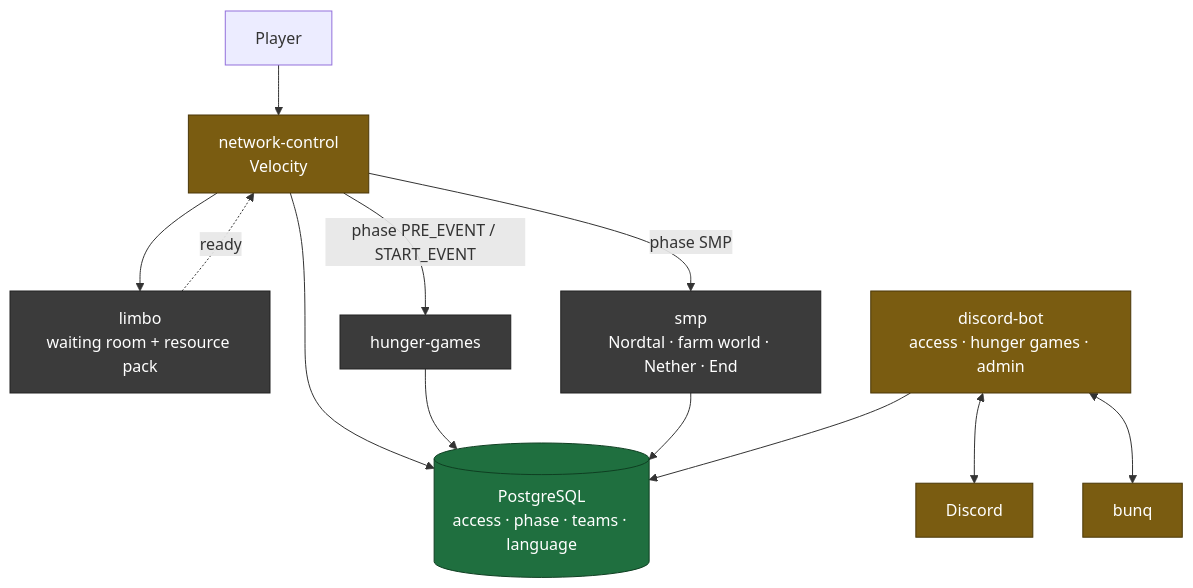
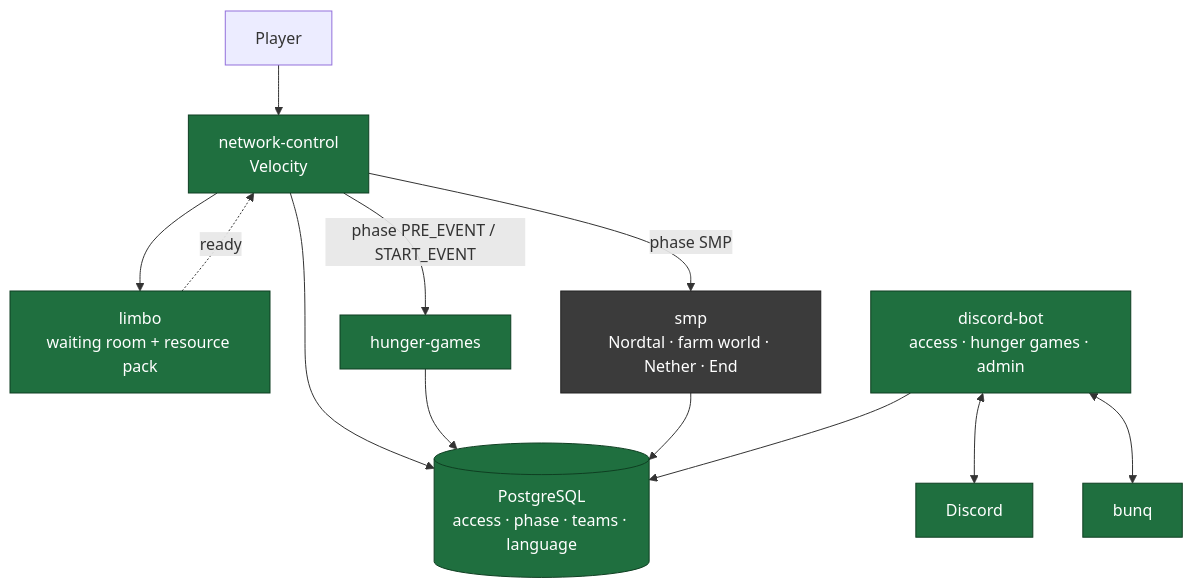
Before and after one commit to nordtal/season-2: the diagram in docs/README.md, drawn with Mermaid. The commit also changed other lines of this file and 46 other files, not shown here.

````diff
--- a/docs/README.md
+++ b/docs/README.md
@@ -11,25 +11,23 @@
 ```mermaid
 flowchart TB
     P["Player"] --> NC["network-control<br/>Velocity"]
     NC --> LB["limbo<br/>waiting room + resource pack"]
     LB -.->|"ready"| NC
     NC -->|"phase PRE_EVENT / START_EVENT"| HG["hunger-games"]
     NC -->|"phase SMP"| SMP["smp<br/>Nordtal · farm world · Nether · End"]
 
     BOT["discord-bot<br/>access · hunger games · admin"] <--> DC["Discord"]
     BOT <--> BQ["bunq"]
 
     DB[("PostgreSQL<br/>access · phase · teams · language")]
     NC --> DB
     HG --> DB
     SMP --> DB
     BOT --> DB
 
     classDef built fill:#1f6f3f,stroke:#0f3f22,color:#fff
     classDef partly fill:#7a5c11,stroke:#4a3708,color:#fff
     classDef planned fill:#3b3b3b,stroke:#222,color:#fff
-    class BOT,DC,BQ partly
-    class NC partly
-    class LB,HG,SMP planned
-    class DB built
+    class BOT,DC,BQ,HG,DB,NC,LB built
+    class SMP planned
 ```
````
